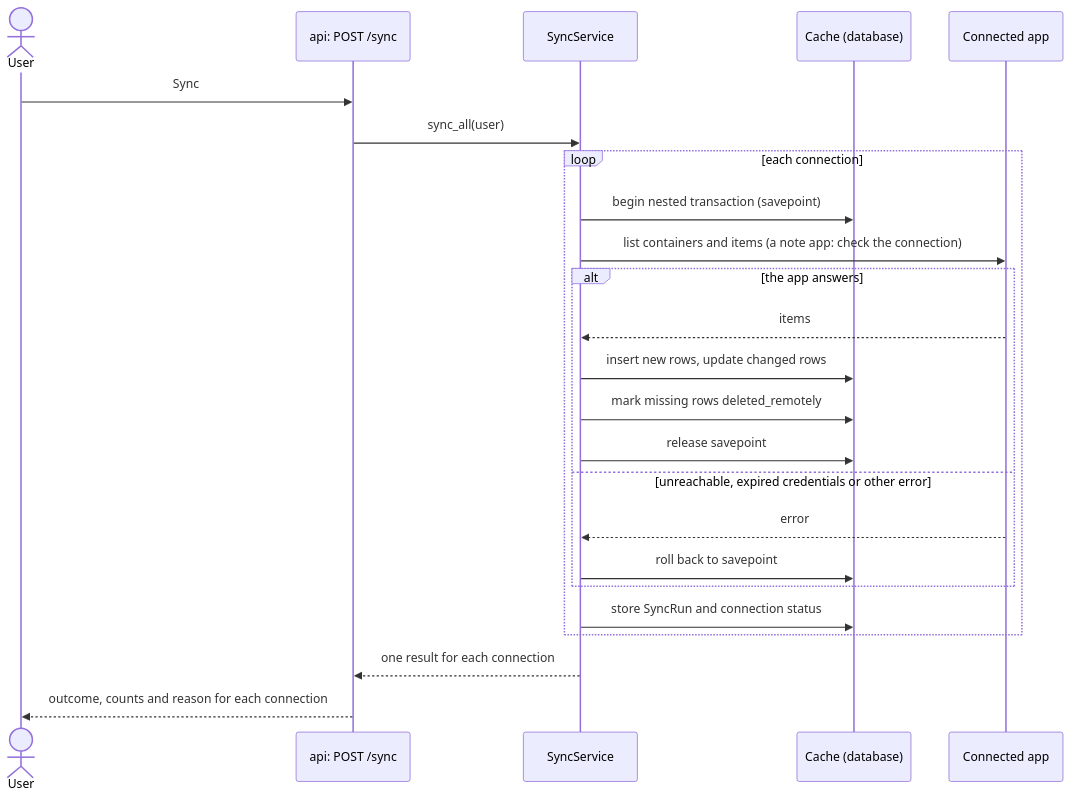
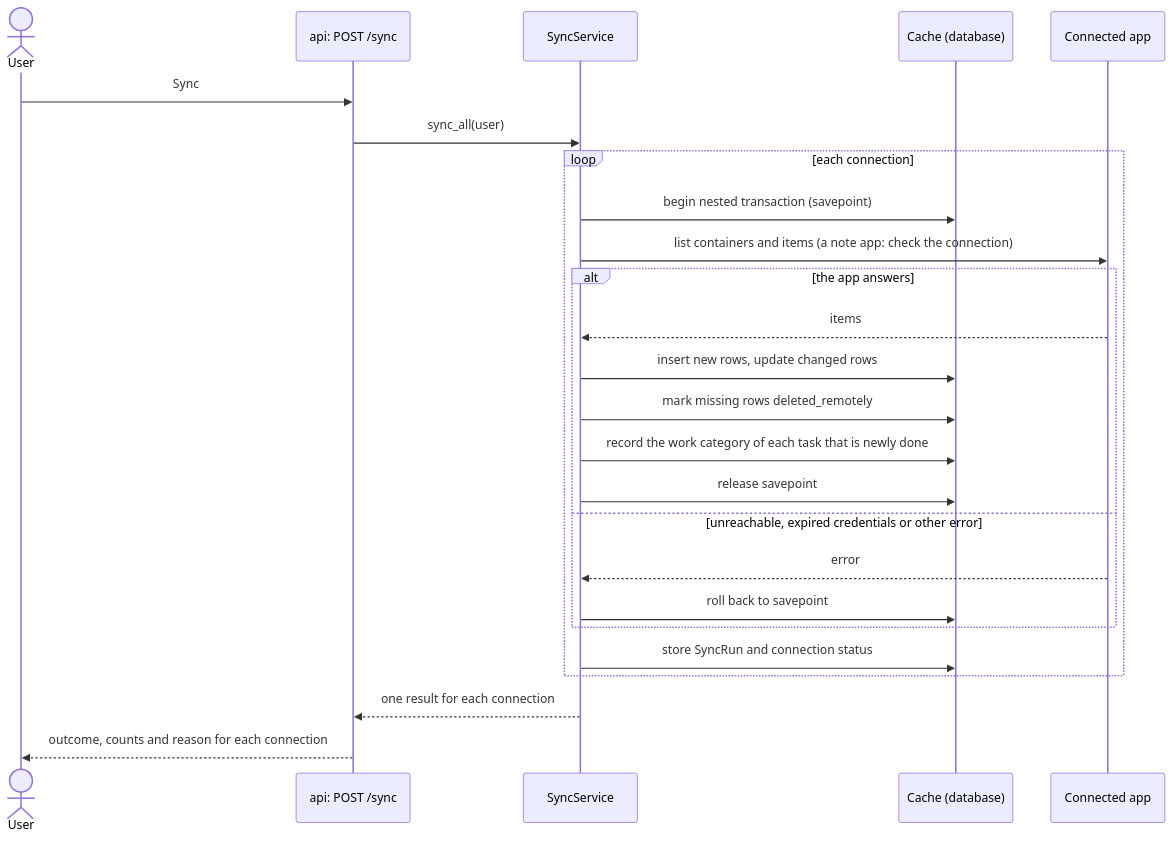
The first of 2 diagrams in docs/developer/sync.md (bergercookie/tefteri), drawn with Mermaid before and after one commit. The commit also changed other lines of this file and 24 other files, not shown here.

````diff
--- a/docs/developer/sync.md
+++ b/docs/developer/sync.md
@@ -15,26 +15,27 @@
 ```mermaid
 sequenceDiagram
   actor User
   participant API as api: POST /sync
   participant Sync as SyncService
   participant DB as Cache (database)
   participant App as Connected app
   User->>API: Sync
   API->>Sync: sync_all(user)
   loop each connection
     Sync->>DB: begin nested transaction (savepoint)
     Sync->>App: list containers and items (a note app: check the connection)
     alt the app answers
       App-->>Sync: items
       Sync->>DB: insert new rows, update changed rows
       Sync->>DB: mark missing rows deleted_remotely
+      Sync->>DB: record the work category of each task that is newly done
       Sync->>DB: release savepoint
     else unreachable, expired credentials or other error
       App-->>Sync: error
       Sync->>DB: roll back to savepoint
     end
     Sync->>DB: store SyncRun and connection status
   end
   Sync-->>API: one result for each connection
   API-->>User: outcome, counts and reason for each connection
 ```
````
